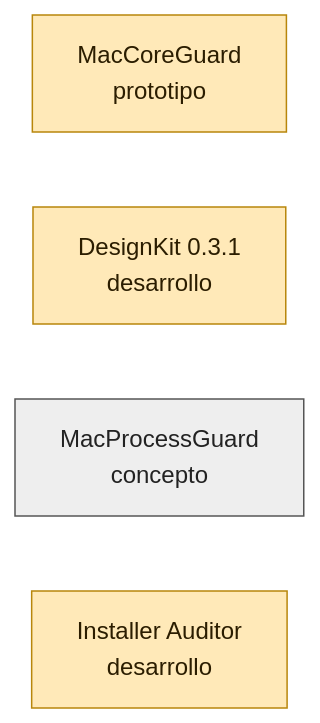
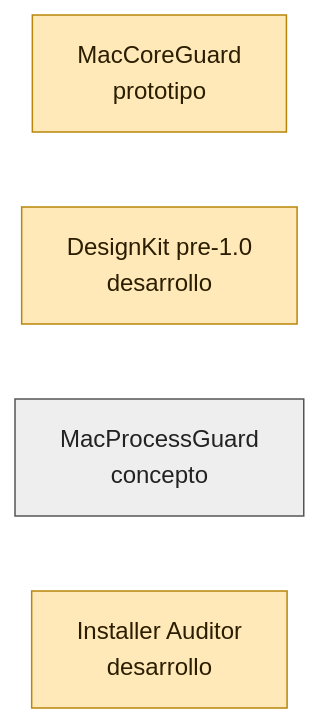
One commit to MacGuard/macguard-yara-channel changed the diagram in docs/wiki/diagrams/roadmap-global-4-others.es.mmd. Above: the diagram before and after it, drawn with Mermaid. The commit also changed 53 other files, not shown here.

```diff
--- a/docs/wiki/diagrams/roadmap-global-4-others.es.mmd
+++ b/docs/wiki/diagrams/roadmap-global-4-others.es.mmd
@@ -1,9 +1,9 @@
 %%{init: {"flowchart": {"wrappingWidth": 300}}}%%
 flowchart TB
   C1["MacCoreGuard<br/>prototipo"]:::doing
-  D1["DesignKit 0.3.1<br/>desarrollo"]:::doing
+  D1["DesignKit pre-1.0<br/>desarrollo"]:::doing
   P1["MacProcessGuard<br/>concepto"]:::todo
   A1["Installer Auditor<br/>desarrollo"]:::doing
   C1 ~~~ D1 ~~~ P1 ~~~ A1
   classDef doing fill:#ffe9b8,stroke:#b8860b,color:#2b1d00
   classDef todo fill:#eeeeee,stroke:#555555,color:#222222
```
